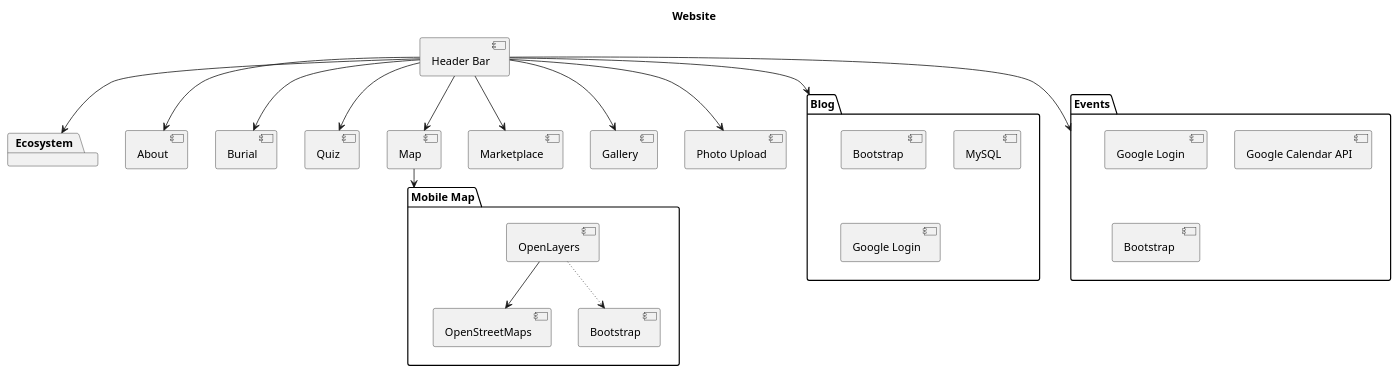
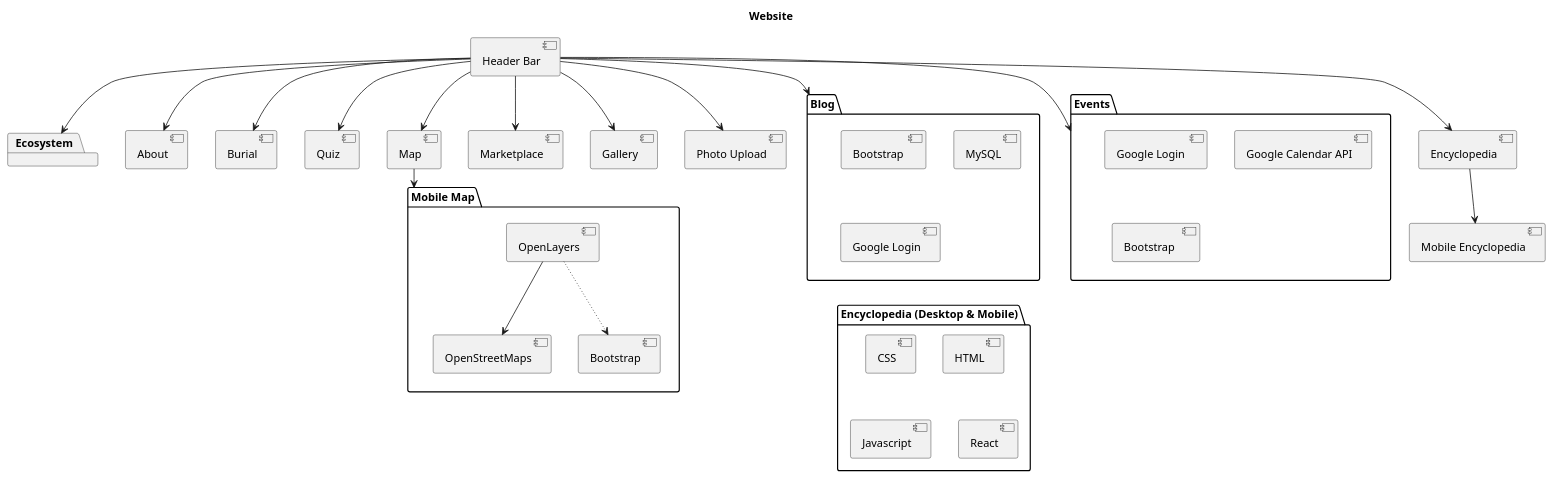
The diagram in UMLAssignment.puml (dibshift/CSCI34282023Project), drawn with PlantUML before and after one commit.

Commit message:
Add encyclopedia requiremnts to the uml assignment file

```diff
--- a/UMLAssignment.puml
+++ b/UMLAssignment.puml
@@ -1,57 +1,66 @@
 @startuml
 
 title Website
 
 package "Mobile Map" {
   [OpenLayers]
   [OpenStreetMaps]
   [Bootstrap]
 }
 
 [About]
 
 package "Ecosystem" {
 }
 
 [Burial]
 
 [Quiz]
 
 [Header Bar]
 
 [Map]
 
 [Marketplace]
 
 [Gallery]
 
 [Photo Upload]
 
 package "Blog" {
   [Bootstrap ]
   [MySQL]
   [Google Login]
 }
 
 
 package "Events" {
   [Google Login ]
   [Google Calendar API]
   [Bootstrap  ]
 }
 
+package "Encyclopedia (Desktop & Mobile)" {
+  [CSS]
+  [HTML]
+  [Javascript]
+  [React]
+}
+
 [OpenLayers] --> [OpenStreetMaps]
 [OpenLayers] -[dotted]-> [Bootstrap]
 [Header Bar] --> [About]
 [Map] --> [Mobile Map]
 [Header Bar] --> [Map]
 [Header Bar] --> [Burial]
 [Header Bar] --> [Quiz]
 [Header Bar] --> [Ecosystem]
 [Header Bar] --> [Blog]
 [Header Bar] --> [Events]
 [Header Bar] --> [Marketplace]
 [Header Bar] --> [Gallery]
 [Header Bar] --> [Photo Upload]
+[Header Bar] --> [Encyclopedia]
+[Encyclopedia] --> [Mobile Encyclopedia]
 
 @enduml
```
